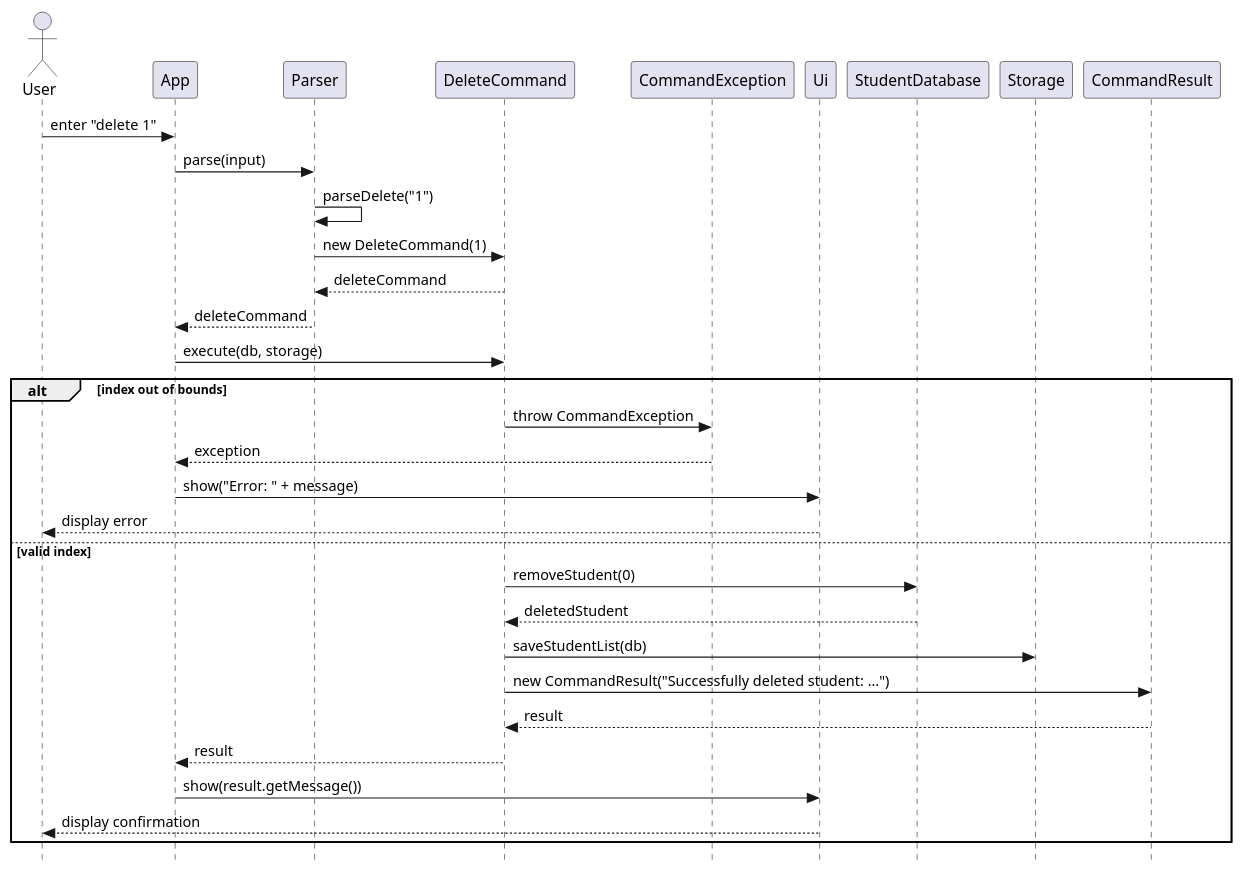
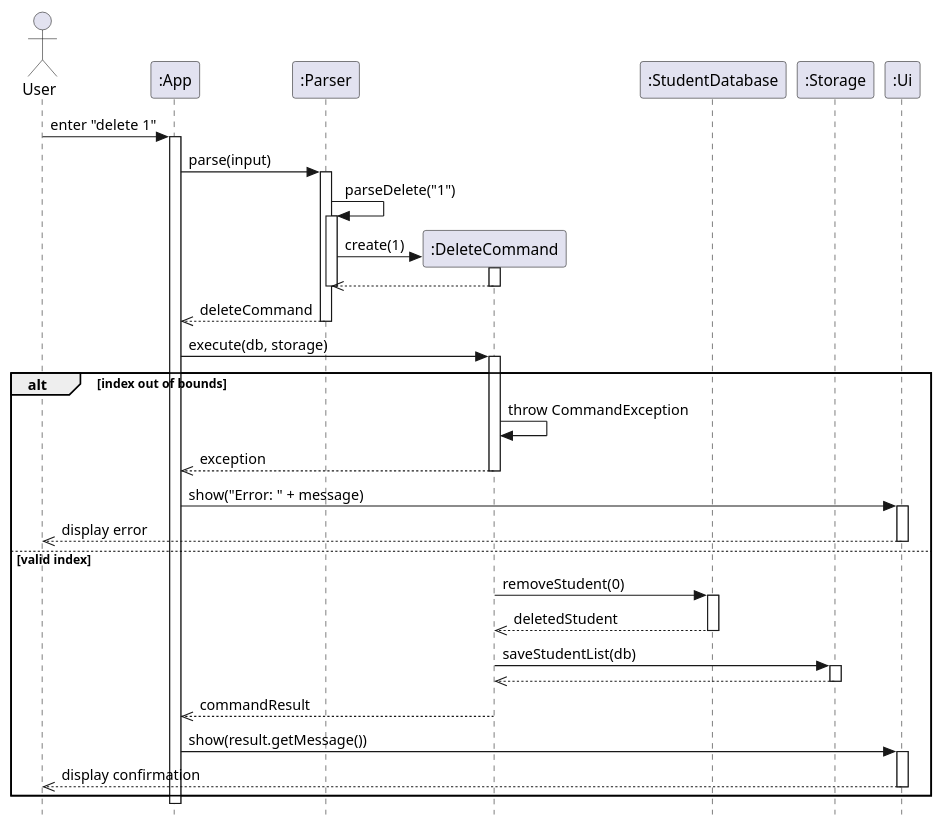
Before and after one commit to AgaraNUS/tp: the diagram in docs/diagrams/DeleteCommandSequence.puml, drawn with PlantUML. The commit also changed 14 other files, not shown here.

```diff
--- a/docs/diagrams/DeleteCommandSequence.puml
+++ b/docs/diagrams/DeleteCommandSequence.puml
@@ -1,28 +1,54 @@
 @startuml DeleteCommandSequence
 skinparam style strictuml
 actor User
 
+participant ":App" as App
+participant ":Parser" as Parser
+participant ":DeleteCommand" as DeleteCommand
+participant ":StudentDatabase" as StudentDatabase
+participant ":Storage" as Storage
+participant ":Ui" as Ui
+
 User -> App : enter "delete 1"
+activate App
 App -> Parser : parse(input)
+activate Parser
 Parser -> Parser : parseDelete("1")
-Parser -> DeleteCommand : new DeleteCommand(1)
-DeleteCommand --> Parser : deleteCommand
-Parser --> App : deleteCommand
+activate Parser
+Parser -> DeleteCommand ** : create(1)
+activate DeleteCommand
+DeleteCommand -->> Parser
+deactivate DeleteCommand
+deactivate Parser
+Parser -->> App : deleteCommand
+deactivate Parser
+
 App -> DeleteCommand : execute(db, storage)
+activate DeleteCommand
 
 alt index out of bounds
-    DeleteCommand -> CommandException : throw CommandException
-    CommandException --> App : exception
+    DeleteCommand -> DeleteCommand : throw CommandException
+    DeleteCommand -->> App : exception
+    deactivate DeleteCommand
     App -> Ui : show("Error: " + message)
-    Ui --> User : display error
+    activate Ui
+    Ui -->> User : display error
+    deactivate Ui
 else valid index
     DeleteCommand -> StudentDatabase : removeStudent(0)
-    StudentDatabase --> DeleteCommand : deletedStudent
+    activate StudentDatabase
+    StudentDatabase -->> DeleteCommand : deletedStudent
+    deactivate StudentDatabase
     DeleteCommand -> Storage : saveStudentList(db)
-    DeleteCommand -> CommandResult : new CommandResult("Successfully deleted student: ...")
-    CommandResult --> DeleteCommand : result
-    DeleteCommand --> App : result
+    activate Storage
+    Storage -->> DeleteCommand
+    deactivate Storage
+    DeleteCommand -->> App : commandResult
+    deactivate DeleteCommand
     App -> Ui : show(result.getMessage())
-    Ui --> User : display confirmation
+    activate Ui
+    Ui -->> User : display confirmation
+    deactivate Ui
 end
+deactivate App
 @enduml
```
